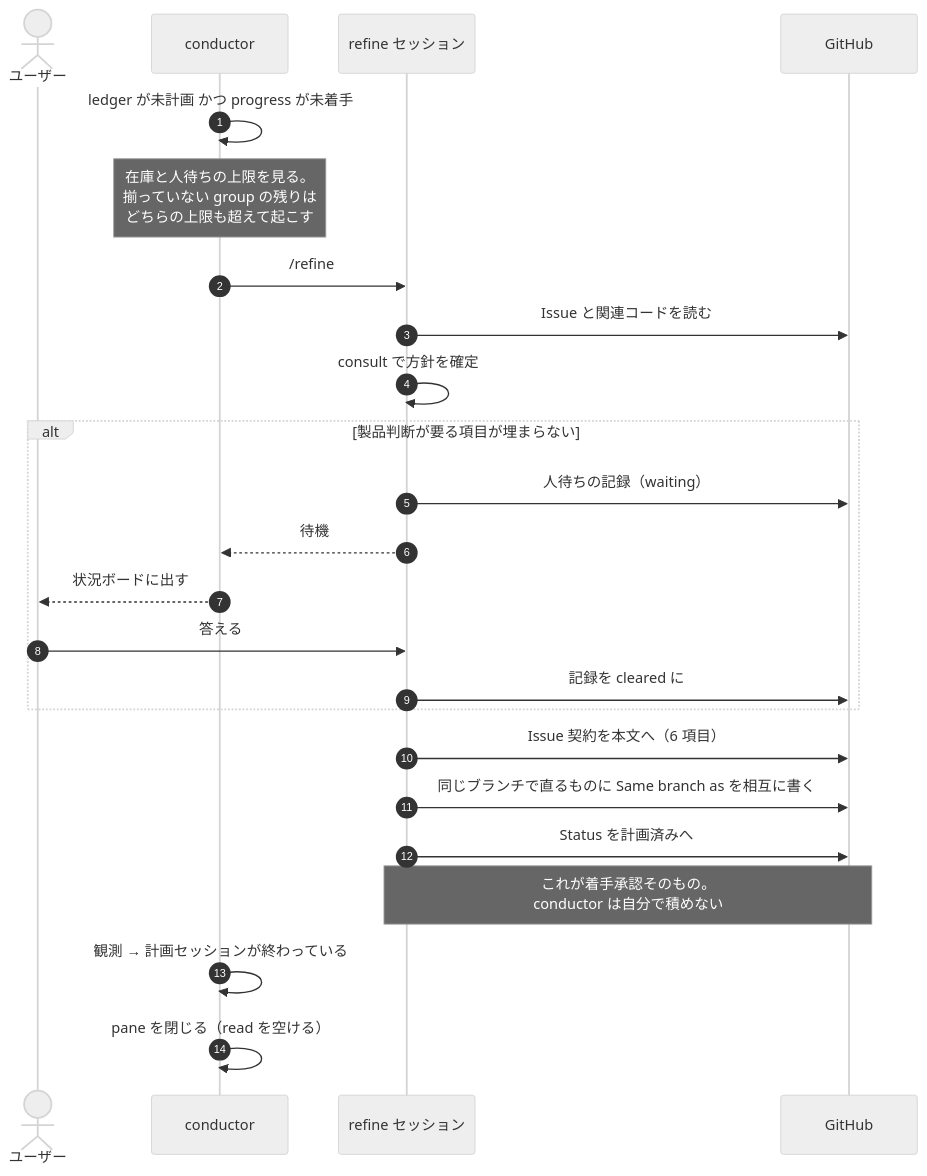
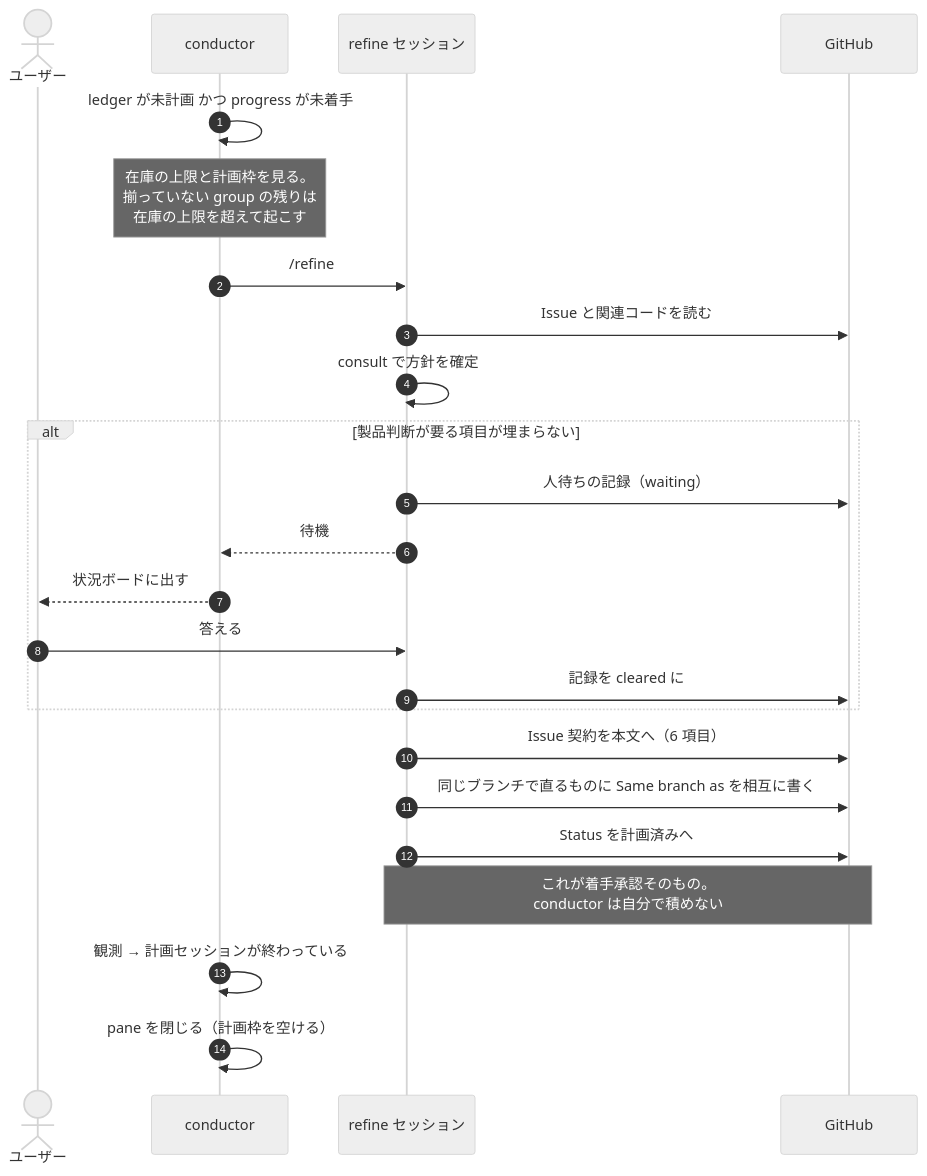
Before and after one commit to usagizmo/agentfiles: the fourth of 4 diagrams in agents/docs/lifecycle.md, drawn with Mermaid (neutral theme). The commit also changed 2 other files, not shown here.

Commit message:
🔥 [agents] conductor の read と write の数値上限を廃す
- read は resolve を capacity と二重に縛っていた。resolve は必ず worktree を作るので容量がそのまま上限になる
- 停止中のセッションは background の完了で自分から再開するため、read は同時実行数の入場制御になっていなかった。実際に効いていたのは conductor が新しくセッションを作ってよい数だけ
- 資源を何も使っていない待機セッションが次の claim と計画を止める挙動を、これで解消した
- worktree を持たない refine だけ専用の計画枠（既定 3）を残した
- write の数値上限も廃した。保持は条件から導出されるので数では誰が持つかを制御できず、枠を渡すときに判断すべきなのは資源キーが交差しないかであって何本目かではない
- 暴走は容量が止める。write を持てるのは worktree を持つ課題だけなので、外部の数値で止める役目は容量が果たす
- 容量の既定を 9 から 5 へ下げた
- glossary / lifecycle の見取り図を追随させた

````diff
--- a/agents/docs/lifecycle.md
+++ b/agents/docs/lifecycle.md
@@ -165,29 +165,29 @@
 ```mermaid
 sequenceDiagram
     autonumber
     actor U as ユーザー
     participant C as conductor
     participant F as refine セッション
     participant GH as GitHub
 
     C->>C: ledger が未計画 かつ progress が未着手
-    Note over C: 在庫と人待ちの上限を見る。<br/>揃っていない group の残りは<br/>どちらの上限も超えて起こす
+    Note over C: 在庫の上限と計画枠を見る。<br/>揃っていない group の残りは<br/>在庫の上限を超えて起こす
     C->>F: /refine #N
     F->>GH: Issue と関連コードを読む
     F->>F: consult で方針を確定
 
     alt 製品判断が要る項目が埋まらない
         F->>GH: 人待ちの記録（waiting）
         F-->>C: 待機
         C-->>U: 状況ボードに出す
         U->>F: 答える
         F->>GH: 記録を cleared に
     end
 
     F->>GH: Issue 契約を本文へ（6 項目）
     F->>GH: 同じブランチで直るものに Same branch as を相互に書く
     F->>GH: Status を計画済みへ
     Note over F,GH: これが着手承認そのもの。<br/>conductor は自分で積めない
     C->>C: 観測 → 計画セッションが終わっている
-    C->>C: pane を閉じる（read を空ける）
+    C->>C: pane を閉じる（計画枠を空ける）
 ```
````
